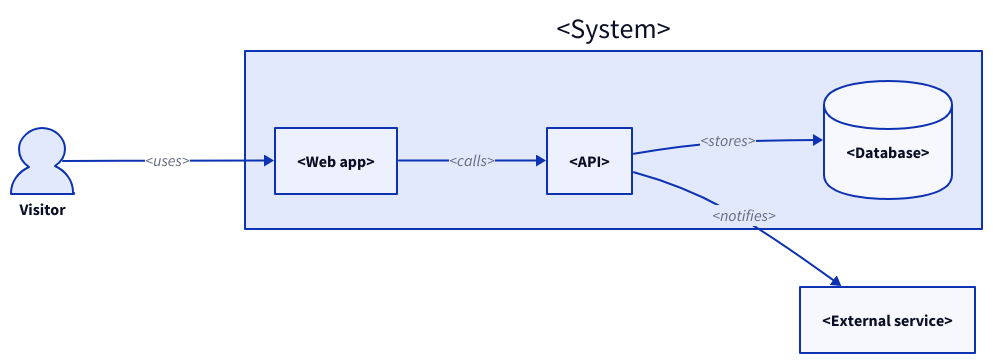
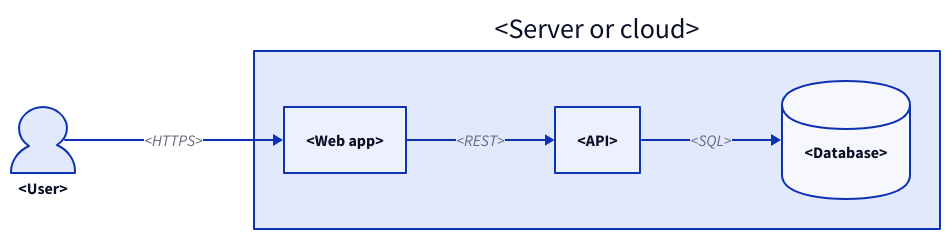
The second of 7 diagrams in skill/explaining-code/SKILL.md (ATkingma/KingmaDoc), drawn with D2 before and after one commit. The commit also changed other lines of this file and 1 other file, not shown here.

````diff
--- a/skill/explaining-code/SKILL.md
+++ b/skill/explaining-code/SKILL.md
@@ -71,14 +84,12 @@
 ```d2
 direction: right
-visitor: Visitor {shape: person}
-system: <System> {
+user: <User> {shape: person}
+host: <Server or cloud> {
   web: <Web app>
   api: <API>
   db: <Database> {shape: cylinder}
 }
-external: <External service>
-visitor -> system.web: <uses>
-system.web -> system.api: <calls>
-system.api -> system.db: <stores>
-system.api -> external: <notifies>
+user -> host.web: <HTTPS>
+host.web -> host.api: <REST>
+host.api -> host.db: <SQL>
 ```
````
